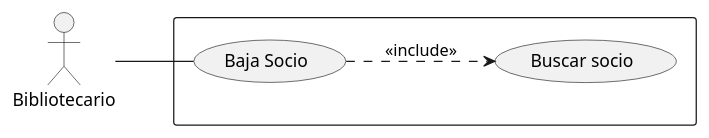
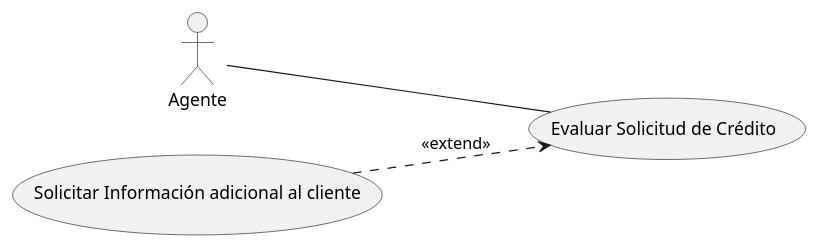
The diagram in src/PlantUML_II.puml (NuriaSan/PlantUML_II_NuriaSanchez), drawn with PlantUML before and after one commit.

Commit message:
Extensión

```diff
--- a/src/PlantUML_II.puml
+++ b/src/PlantUML_II.puml
@@ -1,14 +1,12 @@
 @startuml
 left to right direction
-actor "Bibliotecario" as bib
+actor "Agente" as ag
 
-rectangle {
-  usecase "Baja Socio" as bas
-  usecase "Buscar socio" as bus
+  usecase "Evaluar Solicitud de Crédito" as ev
+  usecase "Solicitar Información adicional al cliente" as so
 
-}
-bib--bas
-(bas)..>(bus): <<include>>
+ag--ev
+(so)..>(ev): <<extend>>
 
 
 @enduml
```
